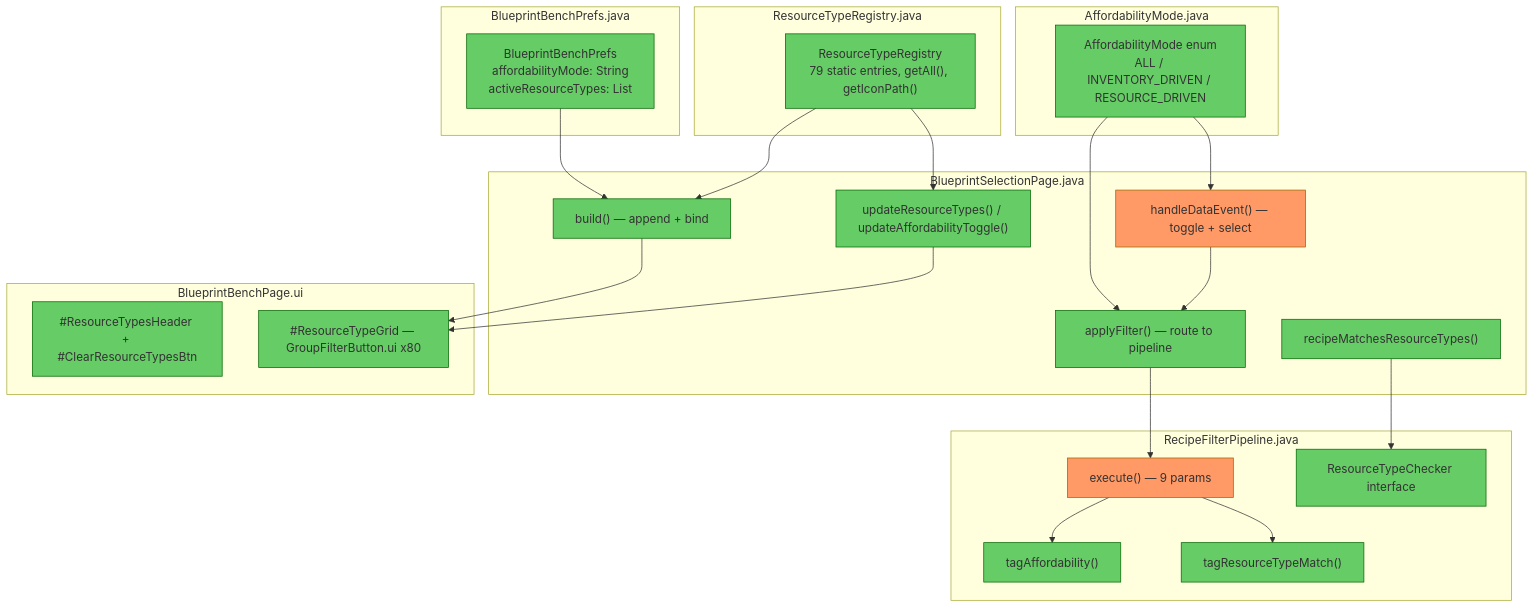
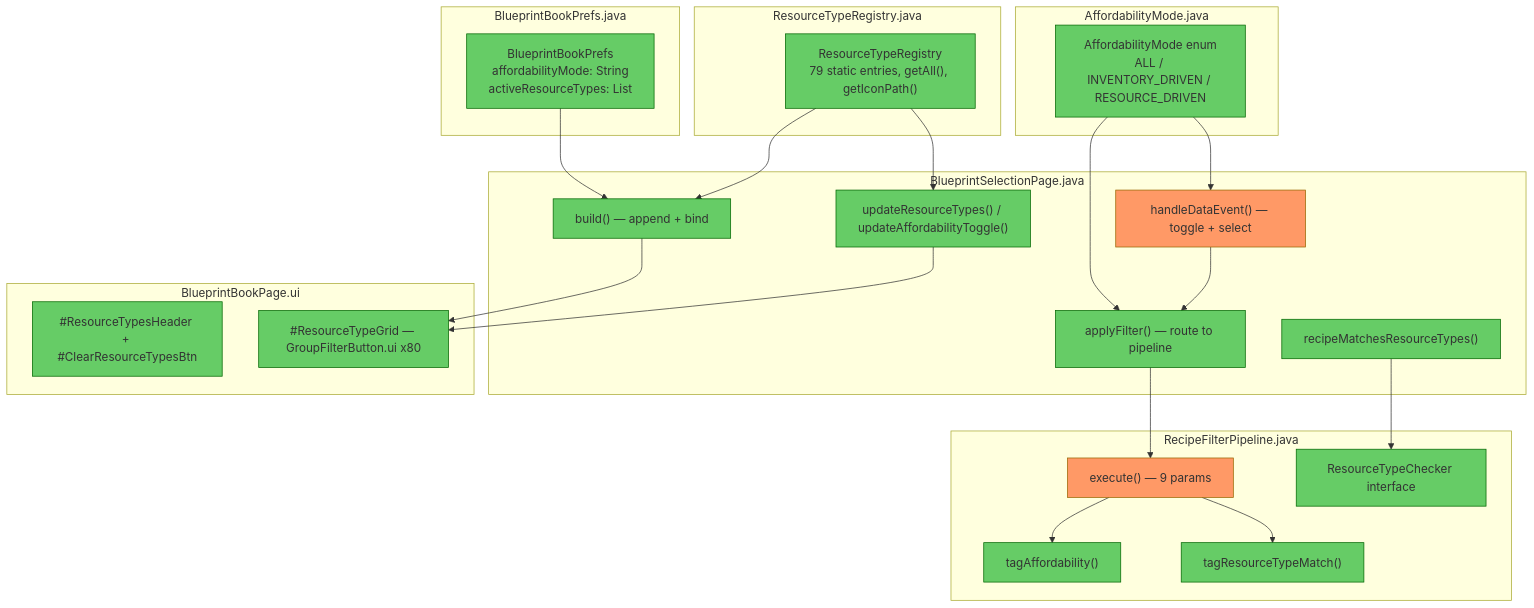
The diagram in docs/review-resource-type-filter.md (TheCodeCreature/Hytale-Example-Plugin), drawn with Mermaid before and after one commit. The commit also changed other lines of this file and 120 other files, not shown here.

First line of the commit message:
Refactor Blueprint Bench to Blueprint Book

````diff
--- a/docs/review-resource-type-filter.md
+++ b/docs/review-resource-type-filter.md
@@ -15,62 +15,62 @@
 ```mermaid
 graph TB
     subgraph "AffordabilityMode.java"
         AM["AffordabilityMode enum<br/>ALL / INVENTORY_DRIVEN / RESOURCE_DRIVEN"]
     end
 
     subgraph "ResourceTypeRegistry.java"
         RTR["ResourceTypeRegistry<br/>79 static entries, getAll(), getIconPath()"]
     end
 
-    subgraph "BlueprintBenchPrefs.java"
-        BBP["BlueprintBenchPrefs<br/>affordabilityMode: String<br/>activeResourceTypes: List"]
+    subgraph "BlueprintBookPrefs.java"
+        BBP["BlueprintBookPrefs<br/>affordabilityMode: String<br/>activeResourceTypes: List"]
     end
 
     subgraph "BlueprintSelectionPage.java"
         BSP_BUILD["build() — append + bind"]
         BSP_EVENT["handleDataEvent() — toggle + select"]
         BSP_UPDATE["updateResourceTypes() / updateAffordabilityToggle()"]
         BSP_FILTER["applyFilter() — route to pipeline"]
         BSP_MATCH["recipeMatchesResourceTypes()"]
     end
 
     subgraph "RecipeFilterPipeline.java"
         RFP_EXEC["execute() — 9 params"]
         RFP_TAG_AFF["tagAffordability()"]
         RFP_TAG_RT["tagResourceTypeMatch()"]
         RFP_CHECKER["ResourceTypeChecker interface"]
     end
 
-    subgraph "BlueprintBenchPage.ui"
+    subgraph "BlueprintBookPage.ui"
         UI_HEADER["#ResourceTypesHeader + #ClearResourceTypesBtn"]
         UI_GRID["#ResourceTypeGrid — GroupFilterButton.ui x80"]
     end
 
     AM --> BSP_FILTER
     AM --> BSP_EVENT
     RTR --> BSP_BUILD
     RTR --> BSP_UPDATE
     BBP --> BSP_BUILD
     BSP_BUILD --> UI_GRID
     BSP_EVENT --> BSP_FILTER
     BSP_FILTER --> RFP_EXEC
     BSP_MATCH --> RFP_CHECKER
     RFP_EXEC --> RFP_TAG_AFF
     RFP_EXEC --> RFP_TAG_RT
     BSP_UPDATE --> UI_GRID
 
     style AM fill:#6c6,stroke:#060
     style RTR fill:#6c6,stroke:#060
     style BBP fill:#6c6,stroke:#060
     style RFP_TAG_RT fill:#6c6,stroke:#060
     style RFP_CHECKER fill:#6c6,stroke:#060
     style BSP_MATCH fill:#6c6,stroke:#060
     style BSP_UPDATE fill:#6c6,stroke:#060
     style BSP_BUILD fill:#6c6,stroke:#060
     style BSP_FILTER fill:#6c6,stroke:#060
     style RFP_EXEC fill:#f96,stroke:#960
     style RFP_TAG_AFF fill:#6c6,stroke:#060
     style UI_HEADER fill:#6c6,stroke:#060
     style UI_GRID fill:#6c6,stroke:#060
     style BSP_EVENT fill:#f96,stroke:#960
 ```
````
